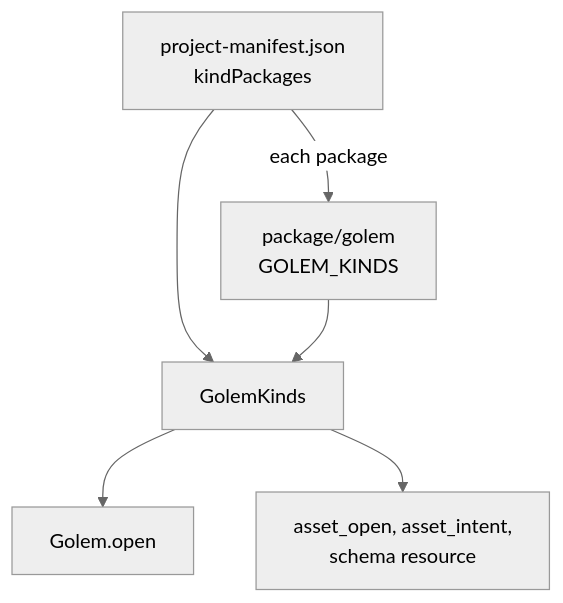
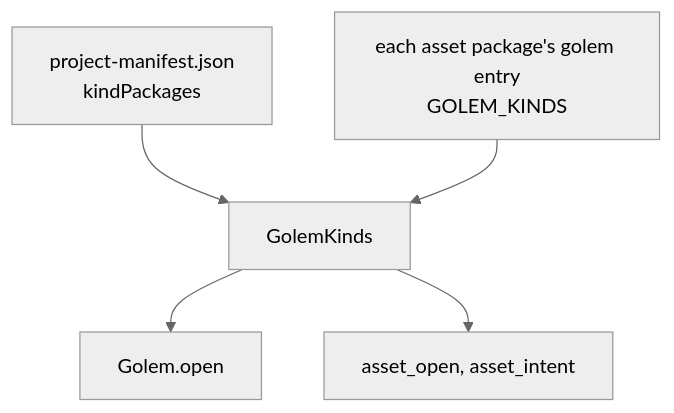
Before and after one commit to JollyPixel/editor: the fourth of 6 diagrams in packages/golem/ARCHITECTURE.md, drawn with Mermaid (neutral theme). The commit also changed other lines of this file and 11 other files, not shown here.

Commit message:
chore: rework golem READMEs & ARCHITECTURE

````diff
--- a/packages/golem/ARCHITECTURE.md
+++ b/packages/golem/ARCHITECTURE.md
@@ -42,8 +51,7 @@
 ```mermaid
 flowchart TB
   Manifest["project-manifest.json<br/>kindPackages"] --> Kinds["GolemKinds"]
-  Manifest -->|"each package"| Entry["package/golem<br/>GOLEM_KINDS"]
-  Entry --> Kinds
+  Entry["each asset package's golem entry<br/>GOLEM_KINDS"] --> Kinds
   Kinds --> Open["Golem.open"]
-  Kinds --> Tools["asset_open, asset_intent,<br/>schema resource"]
+  Kinds --> Tools["asset_open, asset_intent"]
 ```
````
